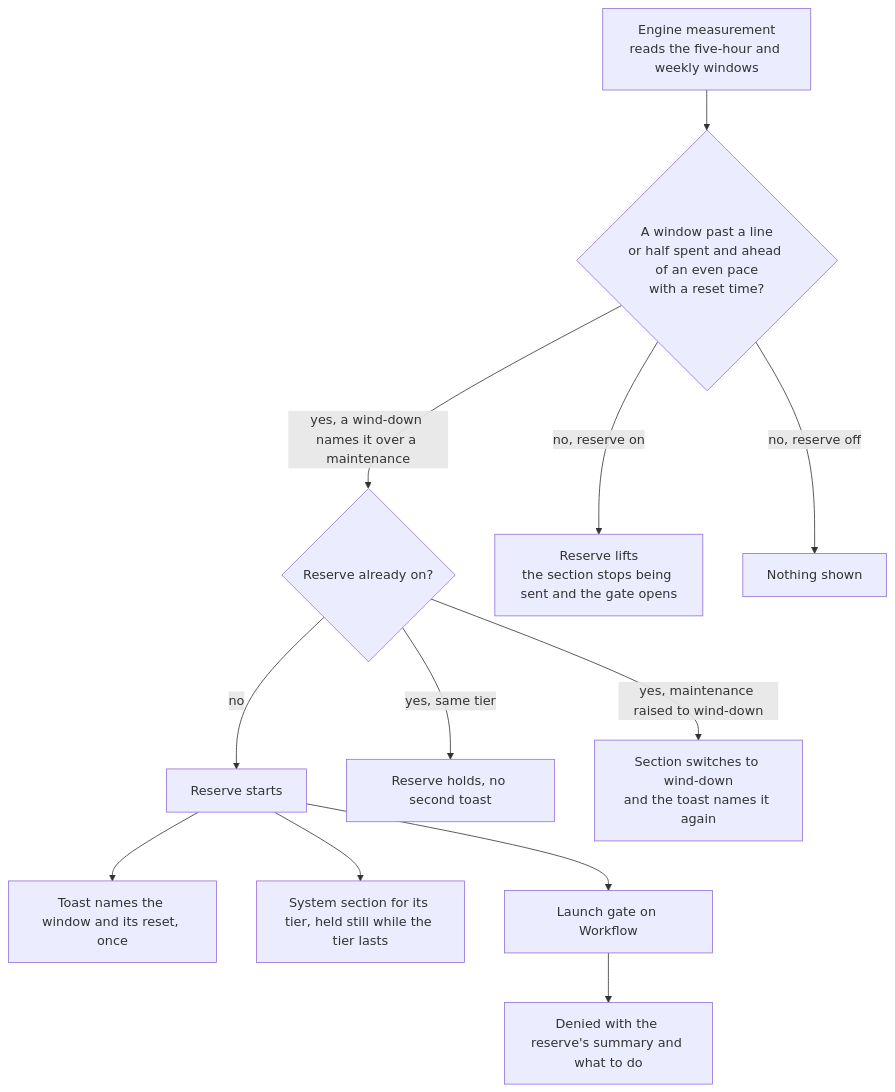
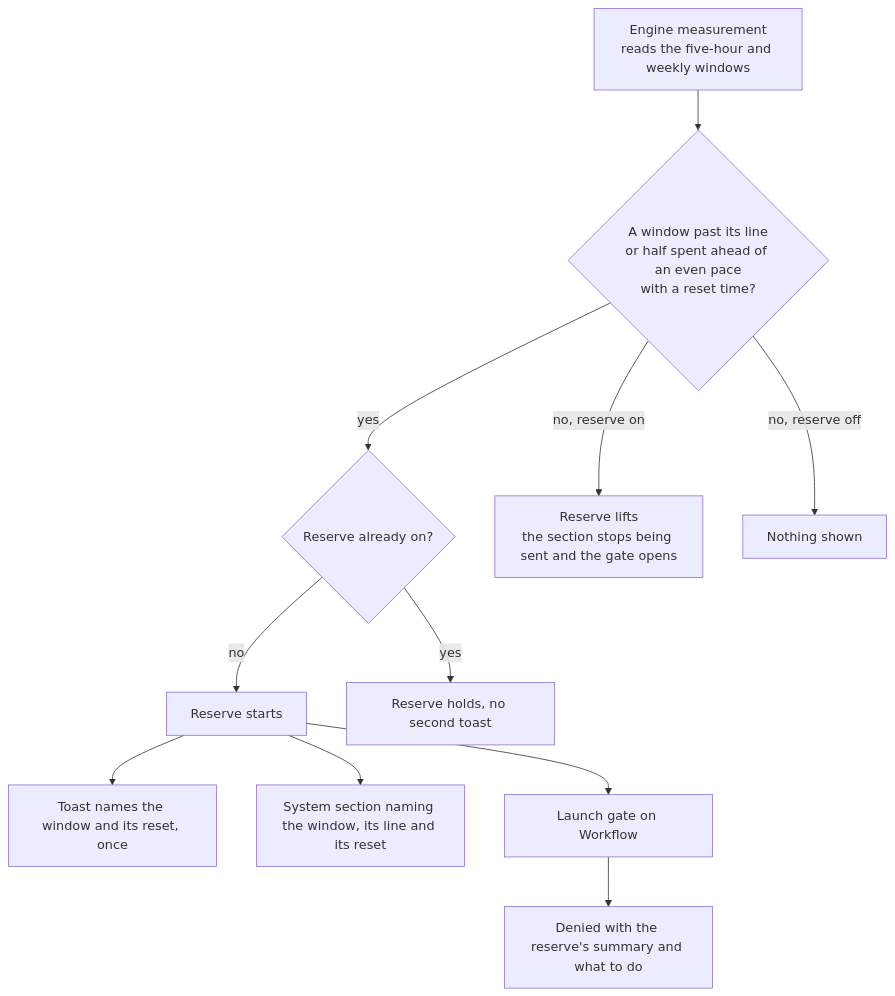
The diagram in openspec/specs/infra/claude-interface/genshin-mods/resin/design.md (Esposter/Esposter), drawn with Mermaid before and after one commit. The commit also changed other lines of this file and 4 other files, not shown here.

First line of the commit message:
docs(genshin-mods): the usage reserve is one tier, and the resuming skill owns the handoff

````diff
--- a/openspec/specs/infra/claude-interface/genshin-mods/resin/design.md
+++ b/openspec/specs/infra/claude-interface/genshin-mods/resin/design.md
@@ -32,14 +32,13 @@
 ```mermaid
 flowchart TD
-  M["Engine measurement<br/>reads the five-hour and weekly windows"] --> P{"A window past a line<br/>or half spent and ahead of an even pace<br/>with a reset time?"}
-  P -->|yes, a wind-down names it over a maintenance| Q{"Reserve already on?"}
+  M["Engine measurement<br/>reads the five-hour and weekly windows"] --> P{"A window past its line<br/>or half spent ahead of an even pace<br/>with a reset time?"}
+  P -->|yes| Q{"Reserve already on?"}
   Q -->|no| ON["Reserve starts"]
   ON --> T["Toast names the window and its reset, once"]
-  ON --> S["System section for its tier, held still while the tier lasts"]
-  Q -->|yes, same tier| HOLD["Reserve holds, no second toast"]
-  Q -->|yes, maintenance raised to wind-down| UP["Section switches to wind-down<br/>and the toast names it again"]
+  ON --> S["System section naming the window, its line and its reset"]
+  Q -->|yes| HOLD["Reserve holds, no second toast"]
   P -->|no, reserve on| OFF["Reserve lifts<br/>the section stops being sent and the gate opens"]
   P -->|no, reserve off| NONE["Nothing shown"]
   ON --> G["Launch gate on Workflow"]
   G --> D["Denied with the reserve's summary and what to do"]
 ```
````
